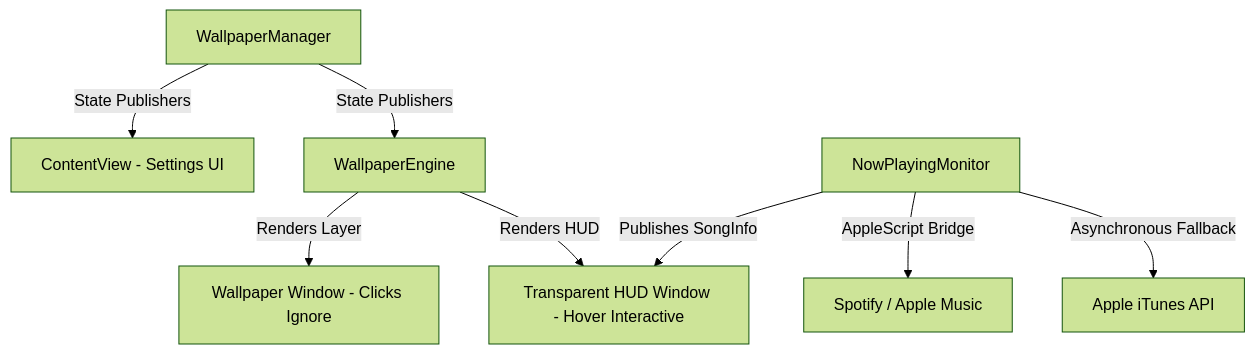
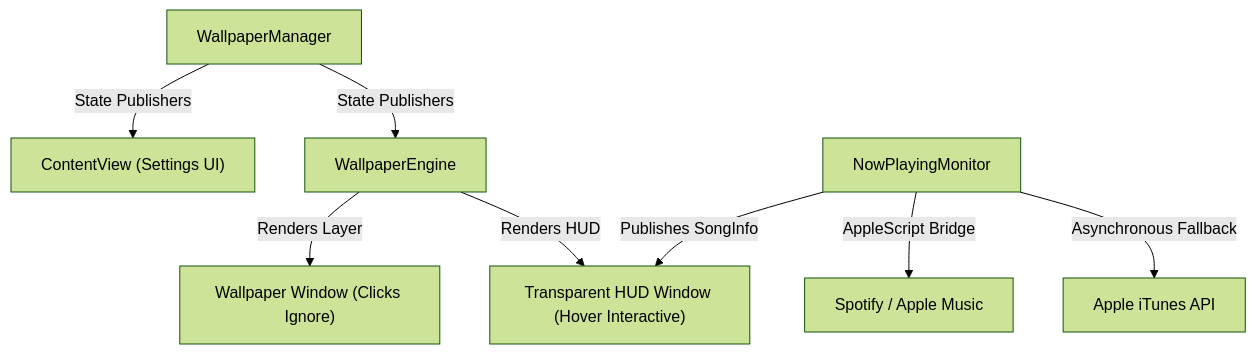
Before and after one commit to friker007/LiveWall: the diagram in README.md, drawn with Mermaid (forest theme).

Commit message:
docs: update mermaid architecture diagram formatting for improved readability

````diff
--- a/README.md
+++ b/README.md
@@ -29,10 +29,10 @@
 ```mermaid
 graph TD
-    A[WallpaperManager] -->|State Publishers| B[ContentView - Settings UI]
-    A -->|State Publishers| C[WallpaperEngine]
-    C -->|Renders Layer| D[Wallpaper Window - Clicks Ignore]
-    C -->|Renders HUD| E[Transparent HUD Window - Hover Interactive]
-    F[NowPlayingMonitor] -->|AppleScript Bridge| G[Spotify / Apple Music]
-    F -->|Asynchronous Fallback| H[Apple iTunes API]
+    A["WallpaperManager"] -->|State Publishers| B["ContentView (Settings UI)"]
+    A -->|State Publishers| C["WallpaperEngine"]
+    C -->|Renders Layer| D["Wallpaper Window (Clicks Ignore)"]
+    C -->|Renders HUD| E["Transparent HUD Window (Hover Interactive)"]
+    F["NowPlayingMonitor"] -->|AppleScript Bridge| G["Spotify / Apple Music"]
+    F -->|Asynchronous Fallback| H["Apple iTunes API"]
     F -->|Publishes SongInfo| E
 ```
````
